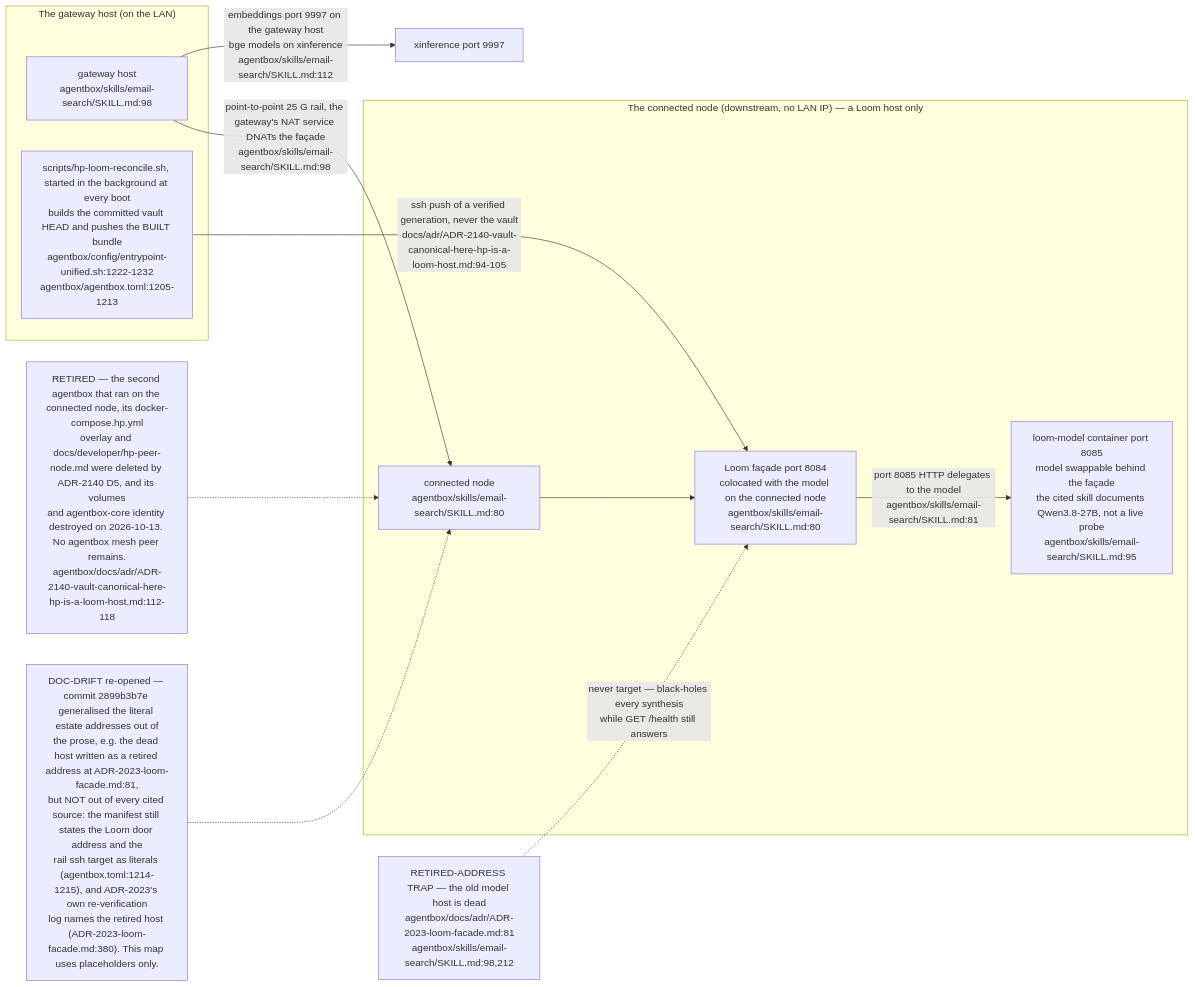
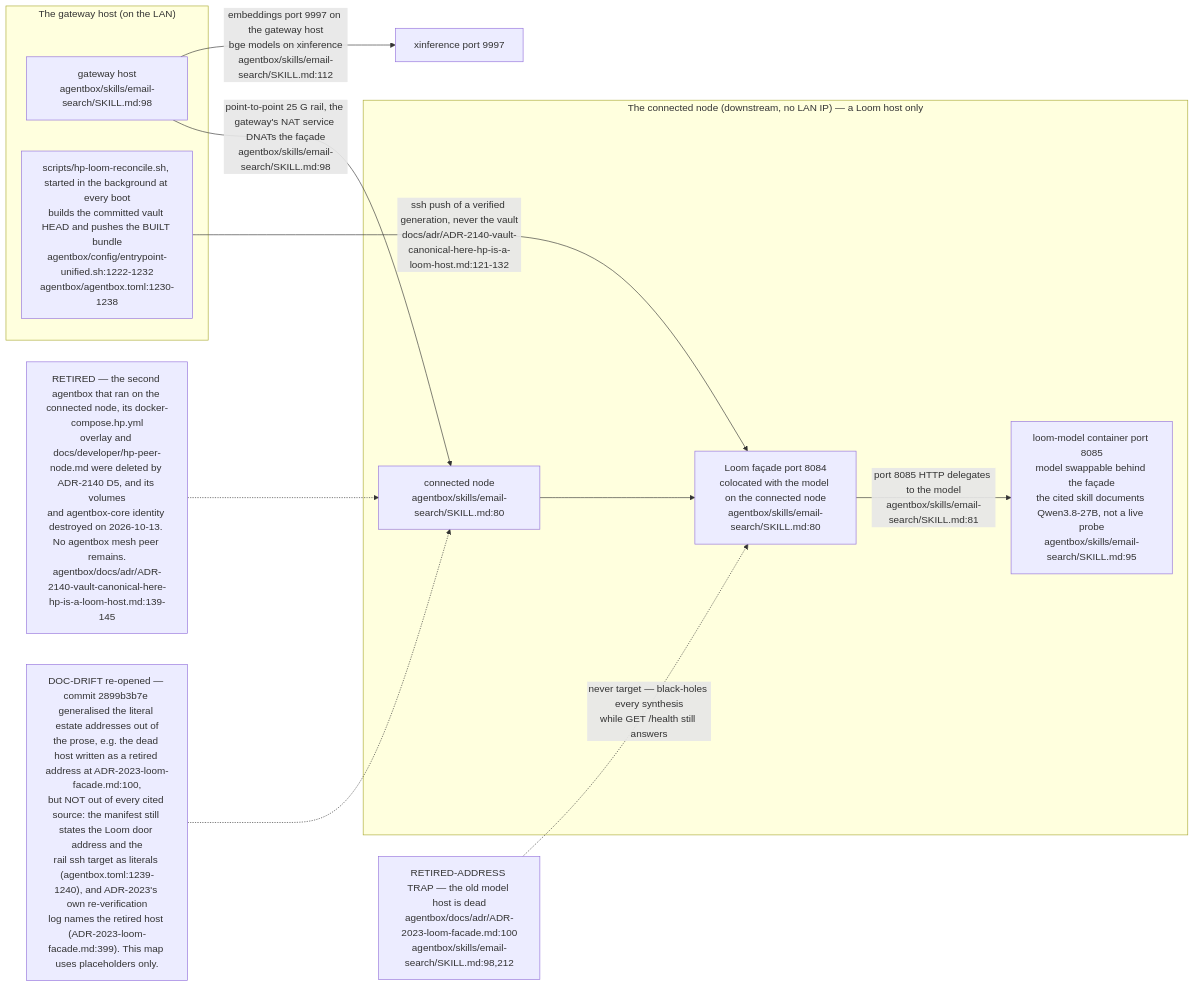
The second of 8 diagrams in docs/diagrams/estate/01-estate-topology.md (DreamLab-AI/VisionFlow), drawn with Mermaid before and after one commit. The commit also changed other lines of this file and 6 other files, not shown here.

````diff
--- a/docs/diagrams/estate/01-estate-topology.md
+++ b/docs/diagrams/estate/01-estate-topology.md
@@ -104,26 +104,26 @@
 ```mermaid
 flowchart LR
     subgraph ML["The gateway host (on the LAN)"]
         MLHOST["gateway host<br/>agentbox/skills/email-search/SKILL.md:98"]
-        RECON["scripts/hp-loom-reconcile.sh, started in the background at every boot<br/>builds the committed vault HEAD and pushes the BUILT bundle<br/>agentbox/config/entrypoint-unified.sh:1222-1232<br/>agentbox/agentbox.toml:1205-1213"]
+        RECON["scripts/hp-loom-reconcile.sh, started in the background at every boot<br/>builds the committed vault HEAD and pushes the BUILT bundle<br/>agentbox/config/entrypoint-unified.sh:1222-1232<br/>agentbox/agentbox.toml:1230-1238"]
     end
     subgraph HP["The connected node (downstream, no LAN IP) — a Loom host only"]
         HPHOST["connected node<br/>agentbox/skills/email-search/SKILL.md:80"]
         LOOMFACADE["Loom façade port 8084<br/>colocated with the model on the connected node<br/>agentbox/skills/email-search/SKILL.md:80"]
         LOOMMODEL["loom-model container port 8085<br/>model swappable behind the façade<br/>the cited skill documents Qwen3.8-27B, not a live probe<br/>agentbox/skills/email-search/SKILL.md:95"]
     end
     MLHOST -->|"point-to-point 25 G rail, the gateway's NAT service DNATs the façade<br/>agentbox/skills/email-search/SKILL.md:98"| HPHOST
     HPHOST --> LOOMFACADE
     LOOMFACADE -->|"port 8085 HTTP delegates to the model<br/>agentbox/skills/email-search/SKILL.md:81"| LOOMMODEL
     MLHOST -->|"embeddings port 9997 on the gateway host<br/>bge models on xinference<br/>agentbox/skills/email-search/SKILL.md:112"| XINF["xinference port 9997"]
-    RECON -->|"ssh push of a verified generation, never the vault<br/>docs/adr/ADR-2140-vault-canonical-here-hp-is-a-loom-host.md:94-105"| LOOMFACADE
+    RECON -->|"ssh push of a verified generation, never the vault<br/>docs/adr/ADR-2140-vault-canonical-here-hp-is-a-loom-host.md:121-132"| LOOMFACADE
 
-    DEAD["RETIRED-ADDRESS TRAP — the old model host is dead<br/>agentbox/docs/adr/ADR-2023-loom-facade.md:81<br/>agentbox/skills/email-search/SKILL.md:98,212"]
+    DEAD["RETIRED-ADDRESS TRAP — the old model host is dead<br/>agentbox/docs/adr/ADR-2023-loom-facade.md:100<br/>agentbox/skills/email-search/SKILL.md:98,212"]
     DEAD -.->|"never target — black-holes every synthesis<br/>while GET /health still answers"| LOOMFACADE
 
-    GONE["RETIRED — the second agentbox that ran on the connected node, its docker-compose.hp.yml<br/>overlay and docs/developer/hp-peer-node.md were deleted by ADR-2140 D5, and its volumes<br/>and agentbox-core identity destroyed on 2026-10-13. No agentbox mesh peer remains.<br/>agentbox/docs/adr/ADR-2140-vault-canonical-here-hp-is-a-loom-host.md:112-118"]
+    GONE["RETIRED — the second agentbox that ran on the connected node, its docker-compose.hp.yml<br/>overlay and docs/developer/hp-peer-node.md were deleted by ADR-2140 D5, and its volumes<br/>and agentbox-core identity destroyed on 2026-10-13. No agentbox mesh peer remains.<br/>agentbox/docs/adr/ADR-2140-vault-canonical-here-hp-is-a-loom-host.md:139-145"]
     GONE -.-> HPHOST
 
-    GEN["DOC-DRIFT re-opened — commit 2899b3b7e generalised the literal estate addresses out of<br/>the prose, e.g. the dead host written as a retired address at ADR-2023-loom-facade.md:81,<br/>but NOT out of every cited source: the manifest still states the Loom door address and the<br/>rail ssh target as literals (agentbox.toml:1214-1215), and ADR-2023's own re-verification<br/>log names the retired host (ADR-2023-loom-facade.md:380). This map uses placeholders only."]
+    GEN["DOC-DRIFT re-opened — commit 2899b3b7e generalised the literal estate addresses out of<br/>the prose, e.g. the dead host written as a retired address at ADR-2023-loom-facade.md:100,<br/>but NOT out of every cited source: the manifest still states the Loom door address and the<br/>rail ssh target as literals (agentbox.toml:1239-1240), and ADR-2023's own re-verification<br/>log names the retired host (ADR-2023-loom-facade.md:399). This map uses placeholders only."]
     GEN -.-> HPHOST
 ```
````
